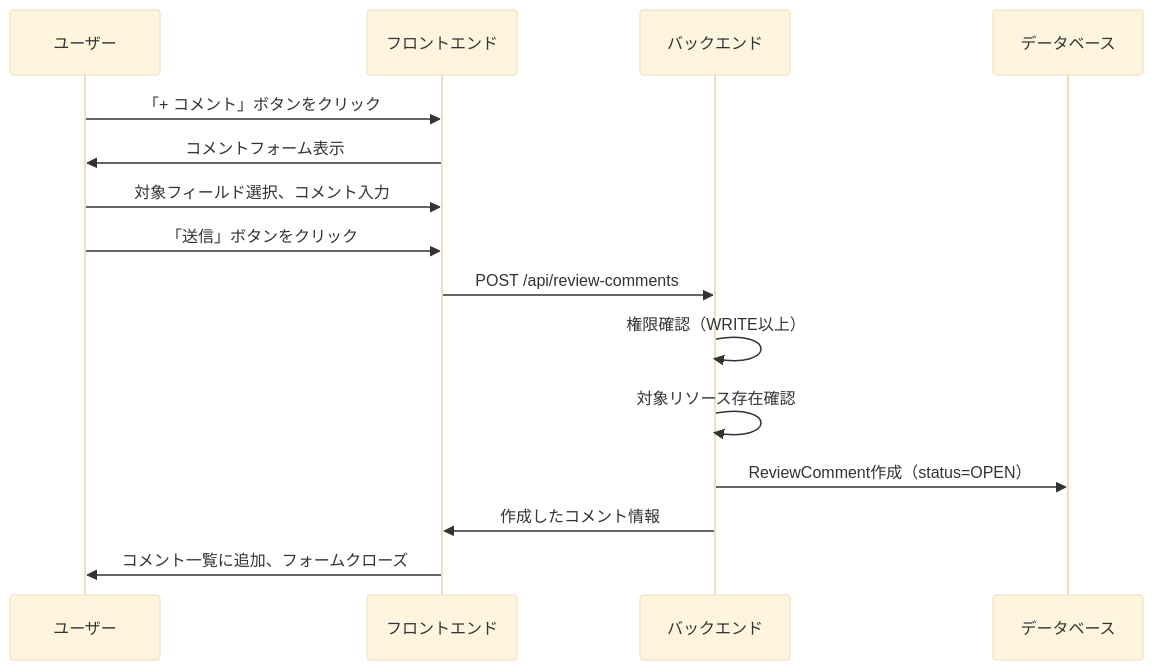
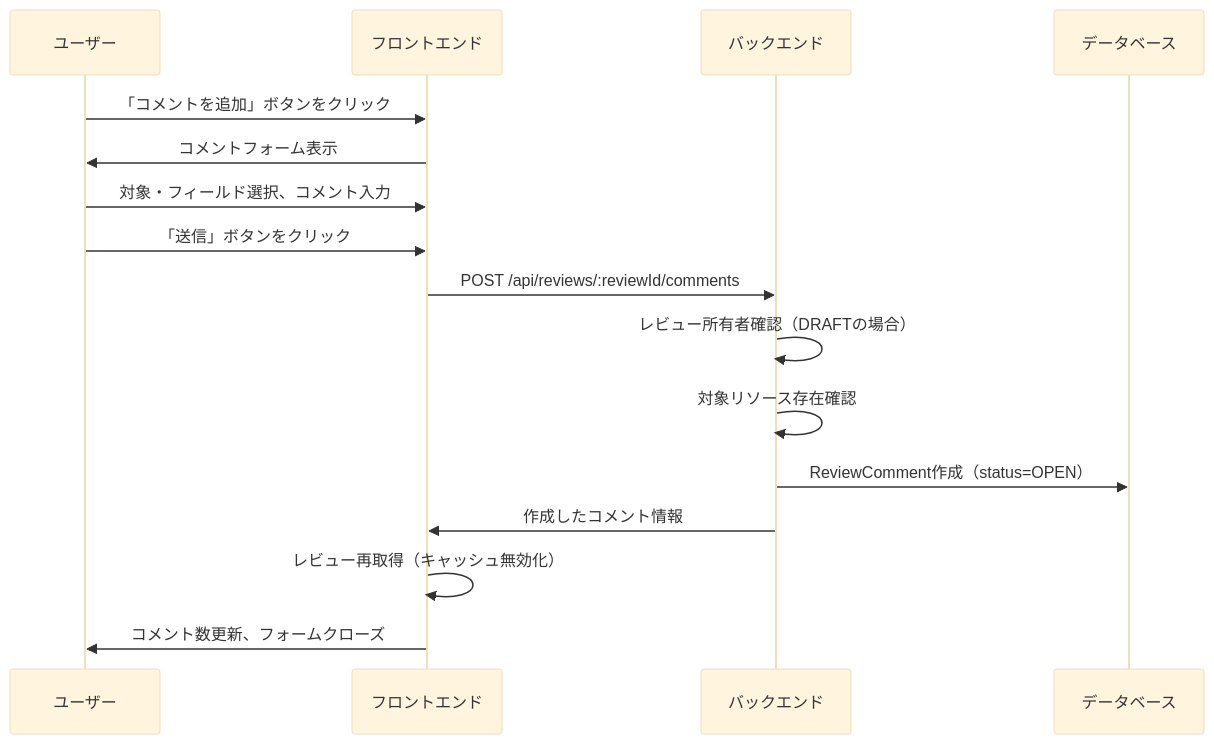
One commit to tsutsumi389/agentest changed the second of 7 diagrams in docs/architecture/features/review-comment.md. Above: the diagram before and after it, drawn with Mermaid (base theme). The commit also changed other lines of this file and 1 other file, not shown here.

First line of the commit message:
feat: Implement review feature with session-based commenting system

````diff
--- a/docs/architecture/features/review-comment.md
+++ b/docs/architecture/features/review-comment.md
@@ -130,18 +239,19 @@
 ```mermaid
 sequenceDiagram
     participant U as ユーザー
     participant F as フロントエンド
     participant B as バックエンド
     participant DB as データベース
 
-    U->>F: 「+ コメント」ボタンをクリック
+    U->>F: 「コメントを追加」ボタンをクリック
     F->>U: コメントフォーム表示
-    U->>F: 対象フィールド選択、コメント入力
+    U->>F: 対象・フィールド選択、コメント入力
     U->>F: 「送信」ボタンをクリック
-    F->>B: POST /api/review-comments
-    B->>B: 権限確認（WRITE以上）
+    F->>B: POST /api/reviews/:reviewId/comments
+    B->>B: レビュー所有者確認（DRAFTの場合）
     B->>B: 対象リソース存在確認
     B->>DB: ReviewComment作成（status=OPEN）
     B->>F: 作成したコメント情報
-    F->>U: コメント一覧に追加、フォームクローズ
+    F->>F: レビュー再取得（キャッシュ無効化）
+    F->>U: コメント数更新、フォームクローズ
 ```
````
